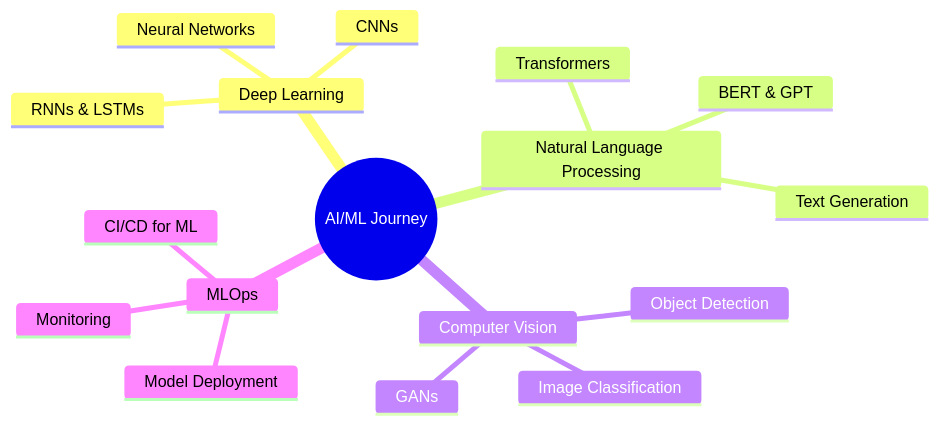
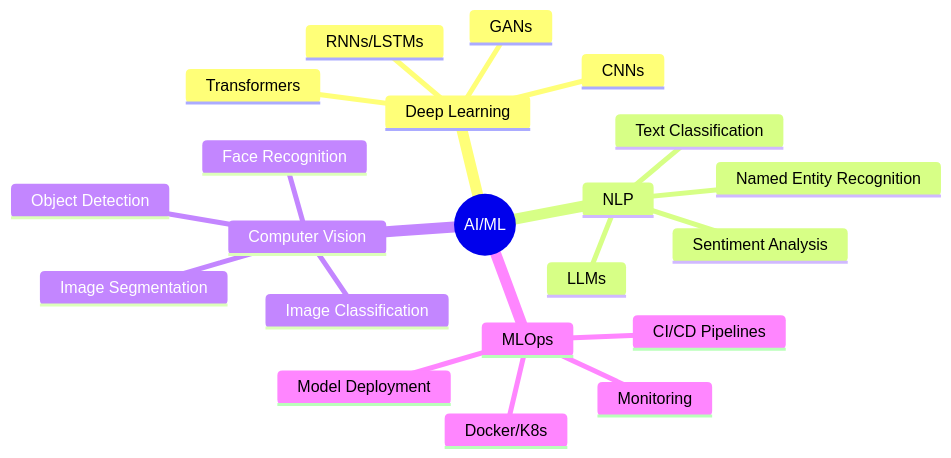
The diagram in README.md (Souvik6222/souvik6222), drawn with Mermaid before and after one commit. The commit also changed other lines of this file, not shown here.

````diff
--- a/README.md
+++ b/README.md
@@ -132,20 +98,24 @@
 ```mermaid
 mindmap
-  root((AI/ML Journey))
+  root((AI/ML))
     Deep Learning
-      Neural Networks
       CNNs
-      RNNs & LSTMs
-    Natural Language Processing
+      RNNs/LSTMs
       Transformers
-      BERT & GPT
-      Text Generation
+      GANs
+    NLP
+      Text Classification
+      Sentiment Analysis
+      LLMs
+      Named Entity Recognition
     Computer Vision
       Image Classification
       Object Detection
-      GANs
+      Image Segmentation
+      Face Recognition
     MLOps
       Model Deployment
-      CI/CD for ML
       Monitoring
+      CI/CD Pipelines
+      Docker/K8s
 ```
````
